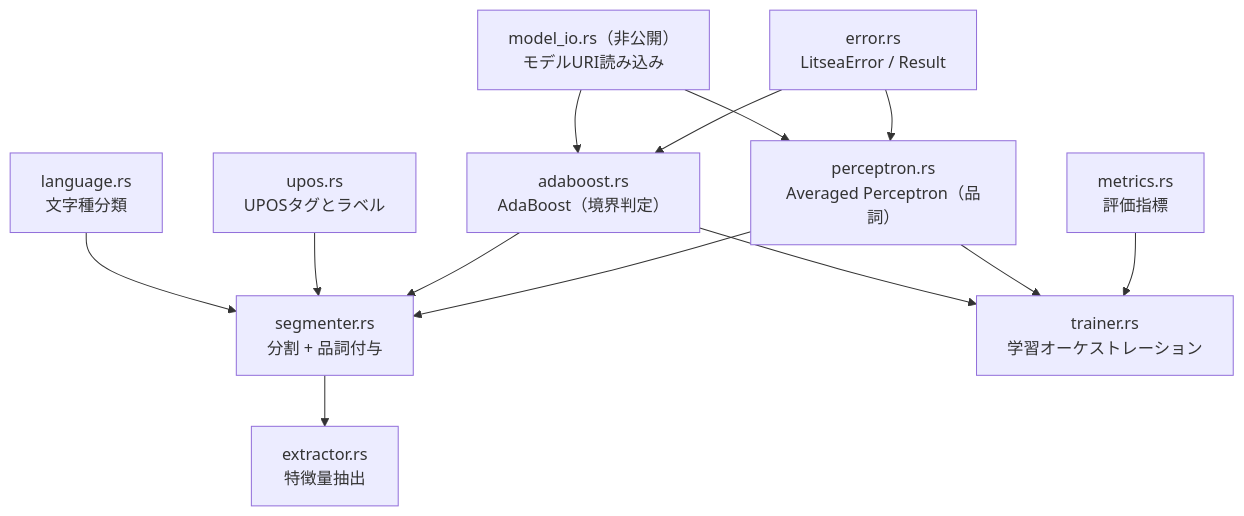
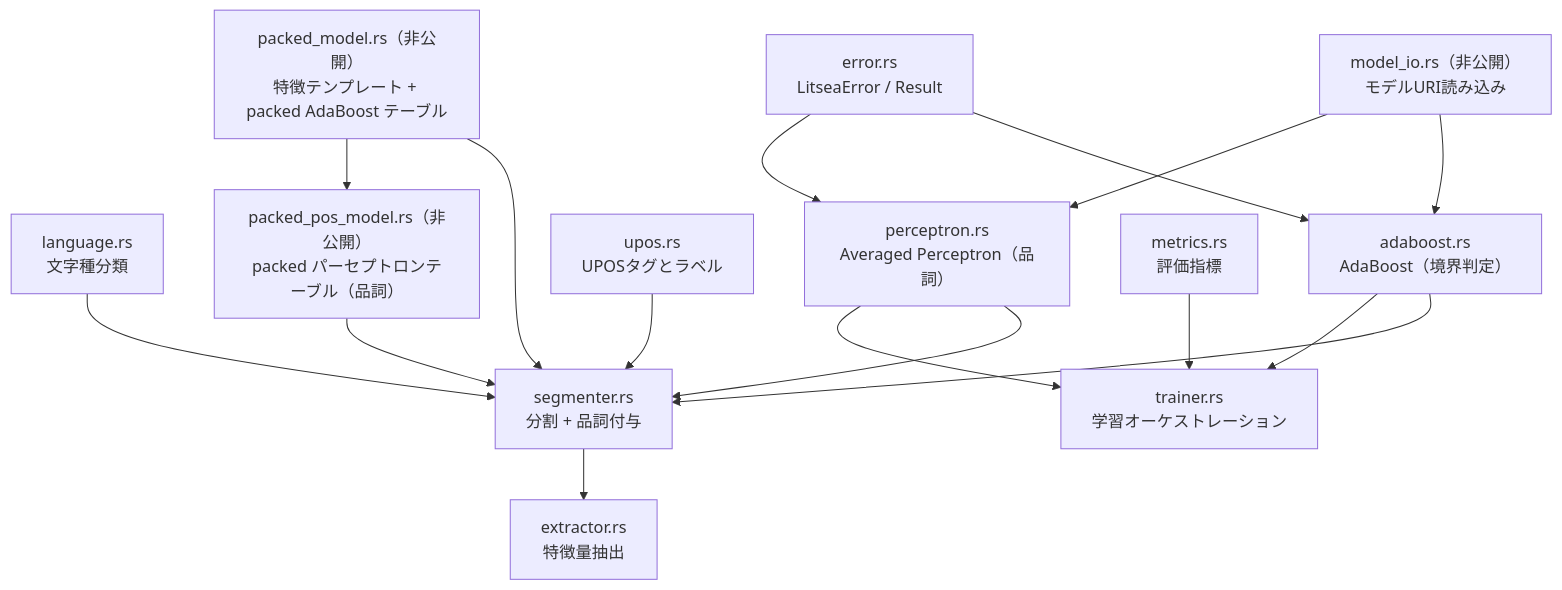
The diagram in docs/ja/src/architecture/module-design.md (mosuka/litsea), drawn with Mermaid before and after one commit. The commit also changed other lines of this file and 10 other files, not shown here.

First line of the commit message:
perf: port the packed two-pass scoring pipeline to segment_with_pos() (#144)

````diff
--- a/docs/ja/src/architecture/module-design.md
+++ b/docs/ja/src/architecture/module-design.md
@@ -7,26 +7,31 @@
 ```mermaid
 graph TD
     language["language.rs<br/>文字種分類"]
     segmenter["segmenter.rs<br/>分割 + 品詞付与"]
     adaboost["adaboost.rs<br/>AdaBoost（境界判定）"]
     perceptron["perceptron.rs<br/>Averaged Perceptron（品詞）"]
     upos["upos.rs<br/>UPOSタグとラベル"]
     extractor["extractor.rs<br/>特徴量抽出"]
     trainer["trainer.rs<br/>学習オーケストレーション"]
+    packed_model["packed_model.rs（非公開）<br/>特徴テンプレート + packed AdaBoost テーブル"]
+    packed_pos_model["packed_pos_model.rs（非公開）<br/>packed パーセプトロンテーブル（品詞）"]
     model_io["model_io.rs（非公開）<br/>モデルURI読み込み"]
     error["error.rs<br/>LitseaError / Result"]
     metrics["metrics.rs<br/>評価指標"]
 
     language --> segmenter
     upos --> segmenter
     adaboost --> segmenter
     perceptron --> segmenter
+    packed_model --> segmenter
+    packed_pos_model --> segmenter
+    packed_model --> packed_pos_model
     segmenter --> extractor
     adaboost --> trainer
     perceptron --> trainer
     model_io --> adaboost
     model_io --> perceptron
     error --> adaboost
     error --> perceptron
     metrics --> trainer
 ```
````
